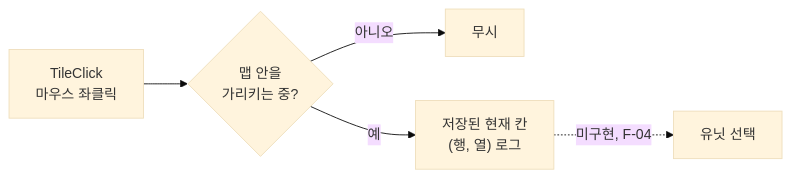
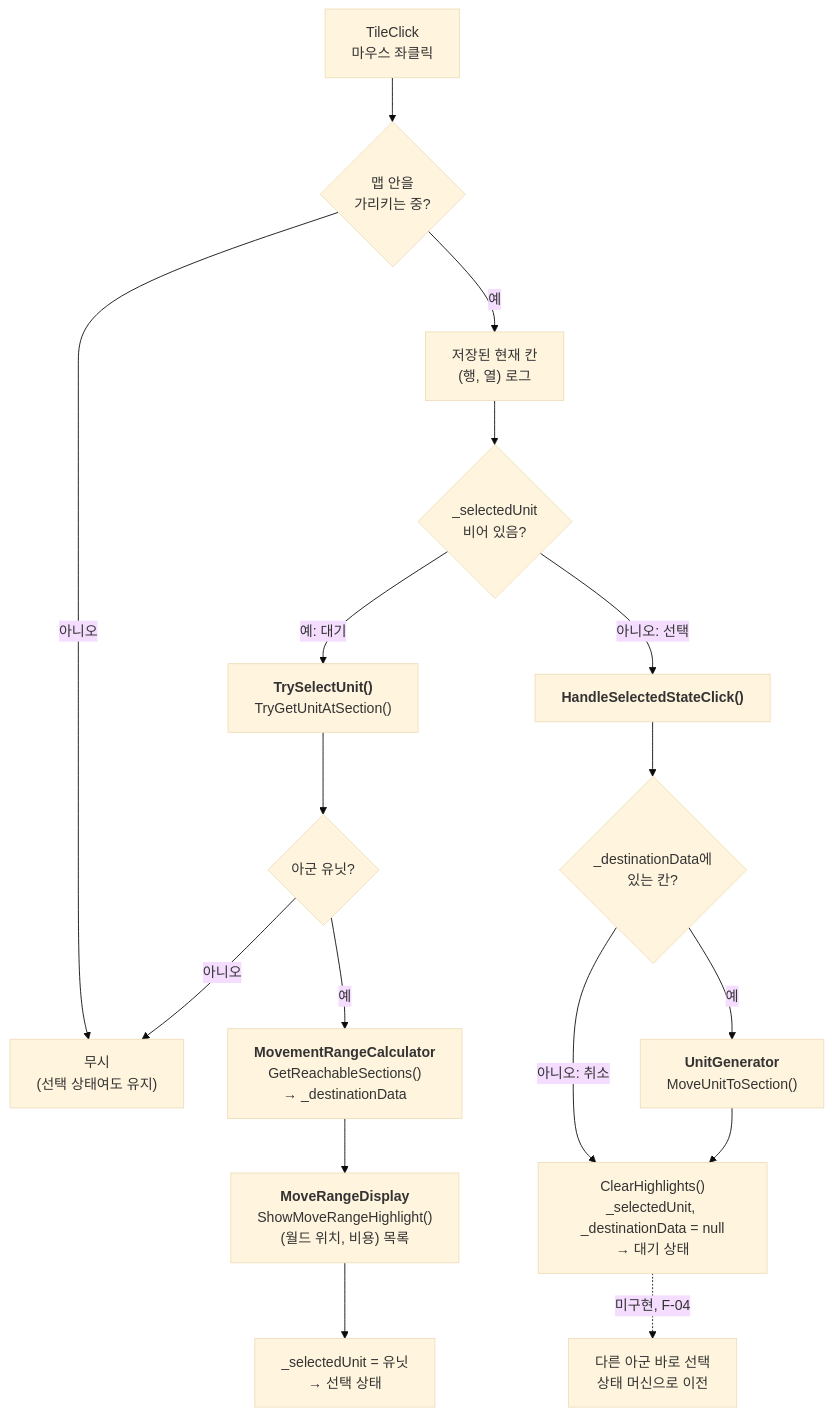
Before and after one commit to jayy5288sk/PersonalProject: the ninth of 13 diagrams in Docs/ImplementDocs/Diagram.md, drawn with Mermaid (base theme). The commit also changed other lines of this file and 1 other file, not shown here.

Commit message:
[Docs] 기술 문서 및 다이어그램 갱신

````diff
--- a/Docs/ImplementDocs/Diagram.md
+++ b/Docs/ImplementDocs/Diagram.md
@@ -167,7 +173,21 @@
 ```mermaid
-flowchart LR
+flowchart TB
     Click["TileClick<br/>마우스 좌클릭"] --> Check{"맵 안을<br/>가리키는 중?"}
-    Check -->|아니오| End["무시"]
+    Check -->|아니오| End["무시<br/>(선택 상태여도 유지)"]
     Check -->|예| Use["저장된 현재 칸<br/>(행, 열) 로그"]
-    Use -.->|미구현, F-04| Unit["유닛 선택"]
+    Use --> State{"_selectedUnit<br/>비어 있음?"}
+
+    State -->|예: 대기| Try["<b>TrySelectUnit()</b><br/>TryGetUnitAtSection()"]
+    Try --> Ally{"아군 유닛?"}
+    Ally -->|아니오| End
+    Ally -->|예| Calc["<b>MovementRangeCalculator</b><br/>GetReachableSections()<br/>→ _destinationData"]
+    Calc --> Show["<b>MoveRangeDisplay</b><br/>ShowMoveRangeHighlight()<br/>(월드 위치, 비용) 목록"]
+    Show --> Sel["_selectedUnit = 유닛<br/>→ 선택 상태"]
+
+    State -->|아니오: 선택| Handle["<b>HandleSelectedStateClick()</b>"]
+    Handle --> Dest{"_destinationData에<br/>있는 칸?"}
+    Dest -->|예| Move["<b>UnitGenerator</b><br/>MoveUnitToSection()"]
+    Dest -->|아니오: 취소| Clear
+    Move --> Clear["ClearHighlights()<br/>_selectedUnit, _destinationData = null<br/>→ 대기 상태"]
+    Clear -.->|미구현, F-04| Switch["다른 아군 바로 선택<br/>상태 머신으로 이전"]
 ```
````
